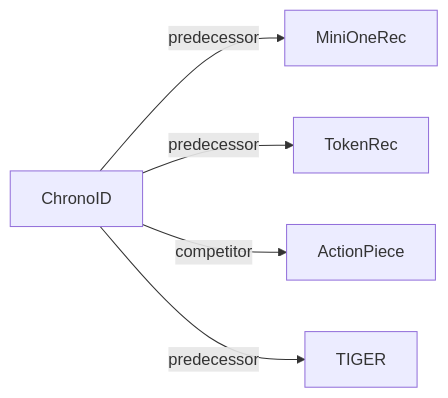
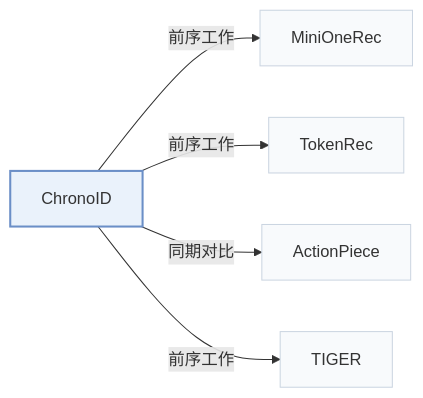
One commit to Galaxy-ghost/Awesome-SID-Generative-Rec changed the second of 2 diagrams in pages/zh/papers/chronoid.md. Above: the diagram before and after it, drawn with Mermaid. The commit also changed other lines of this file and 649 other files, not shown here.

Commit message:
writer-05: also tags and modality index (schema, check, build, visuals); summary field removed; calibration data for 12 papers

````diff
--- a/pages/zh/papers/chronoid.md
+++ b/pages/zh/papers/chronoid.md
@@ -68,8 +74,12 @@
 ```mermaid
 flowchart LR
     P["ChronoID"]
-    P -->|predecessor| A["MiniOneRec"]
-    P -->|predecessor| B["TokenRec"]
-    P -->|competitor| C["ActionPiece"]
-    P -->|predecessor| D["TIGER"]
+    P -->|"前序工作"| A["MiniOneRec"]
+    P -->|"前序工作"| B["TokenRec"]
+    P -->|"同期对比"| C["ActionPiece"]
+    P -->|"前序工作"| D["TIGER"]
+    classDef main fill:#eaf2fb,stroke:#6b8fc7,stroke-width:2px
+    classDef peer fill:#f8fafc,stroke:#cbd5e1
+    class P main
+    class A,B,C,D peer
 ```
````
